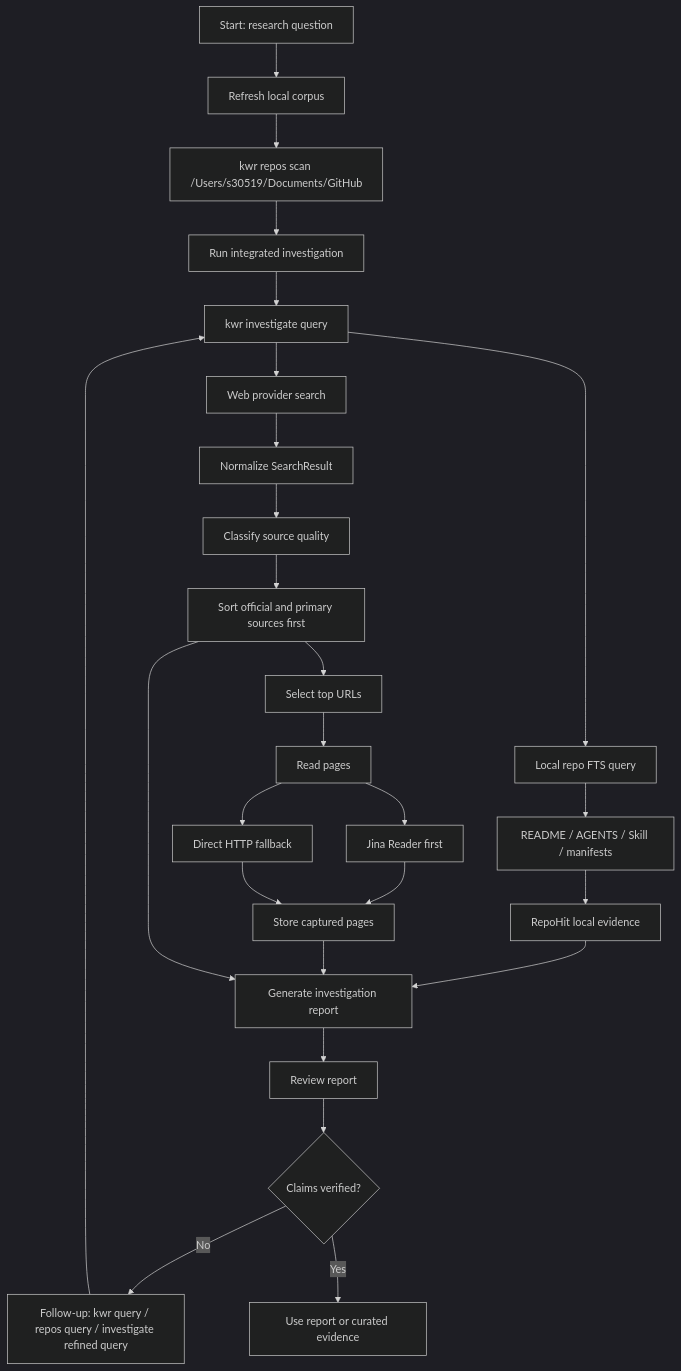
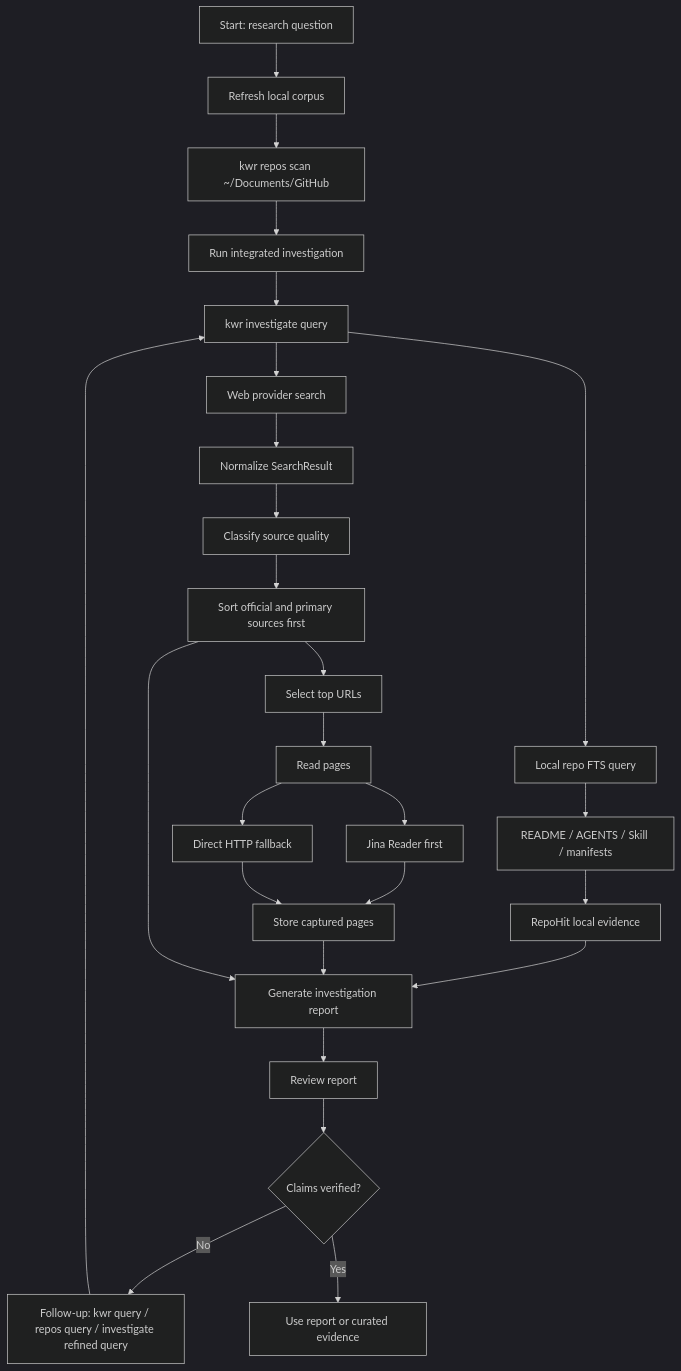
One commit to Nicolas0315/katala-web-research changed the diagram in docs/research-flow.md. Above: the diagram before and after it, drawn with Mermaid (dark theme). The commit also changed other lines of this file and 12 other files, not shown here.

````diff
--- a/docs/research-flow.md
+++ b/docs/research-flow.md
@@ -7,34 +7,34 @@
 ```mermaid
 flowchart TD
     A[Start: research question] --> B[Refresh local corpus]
-    B --> B1[kwr repos scan /Users/s30519/Documents/GitHub]
+    B --> B1[kwr repos scan ~/Documents/GitHub]
     B1 --> C[Run integrated investigation]
     C --> C1[kwr investigate query]
 
     C1 --> D[Web provider search]
     C1 --> E[Local repo FTS query]
 
     D --> D1[Normalize SearchResult]
     D1 --> D2[Classify source quality]
     D2 --> D3[Sort official and primary sources first]
 
     E --> E1[README / AGENTS / Skill / manifests]
     E1 --> E2[RepoHit local evidence]
 
     D3 --> F[Select top URLs]
     F --> G[Read pages]
     G --> G1[Jina Reader first]
     G --> G2[Direct HTTP fallback]
 
     G1 --> H[Store captured pages]
     G2 --> H
     E2 --> I[Generate investigation report]
     H --> I
     D3 --> I
 
     I --> J[Review report]
     J --> K{Claims verified?}
     K -- No --> L[Follow-up: kwr query / repos query / investigate refined query]
     L --> C1
     K -- Yes --> M[Use report or curated evidence]
 ```
````
